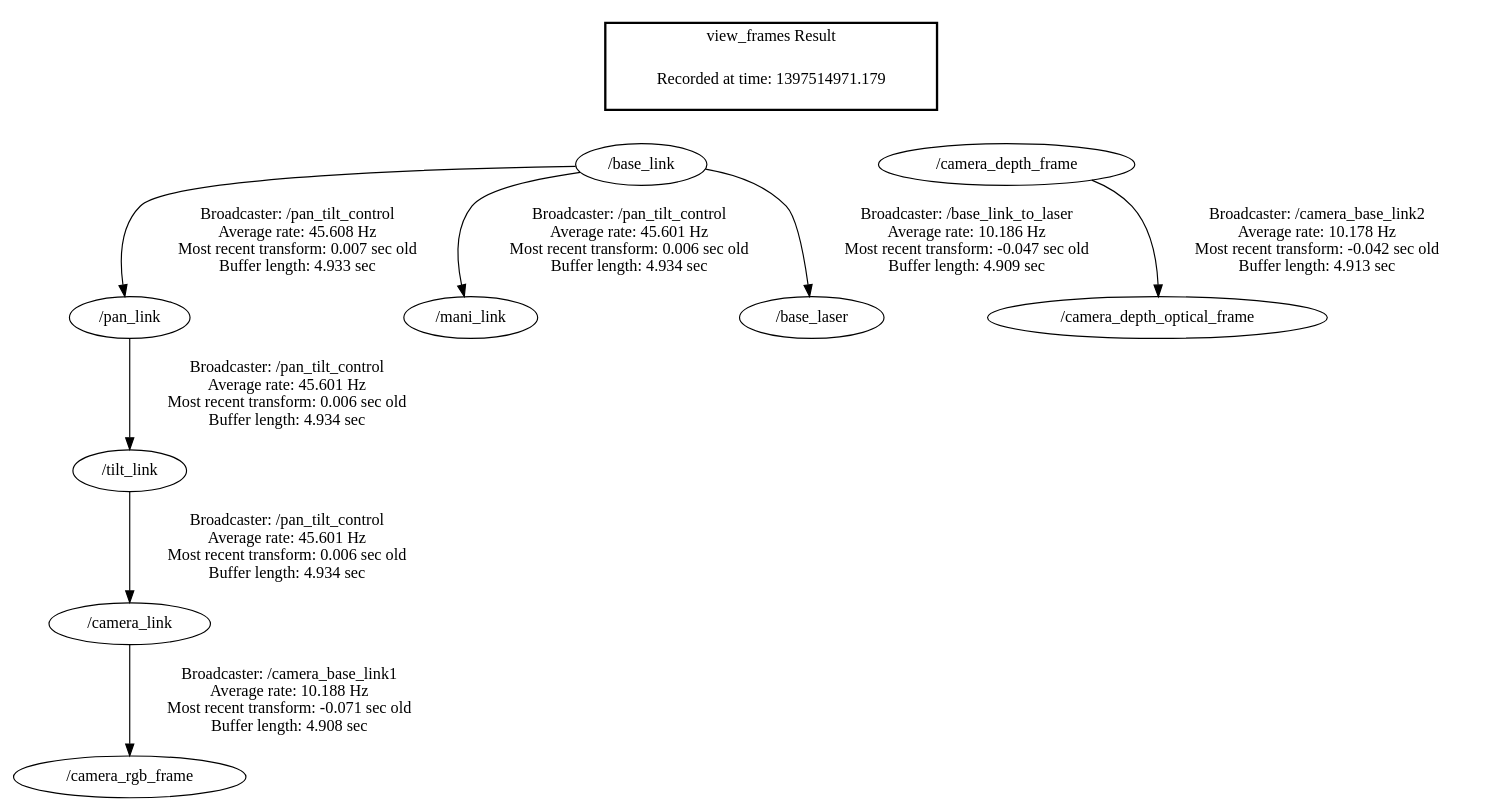
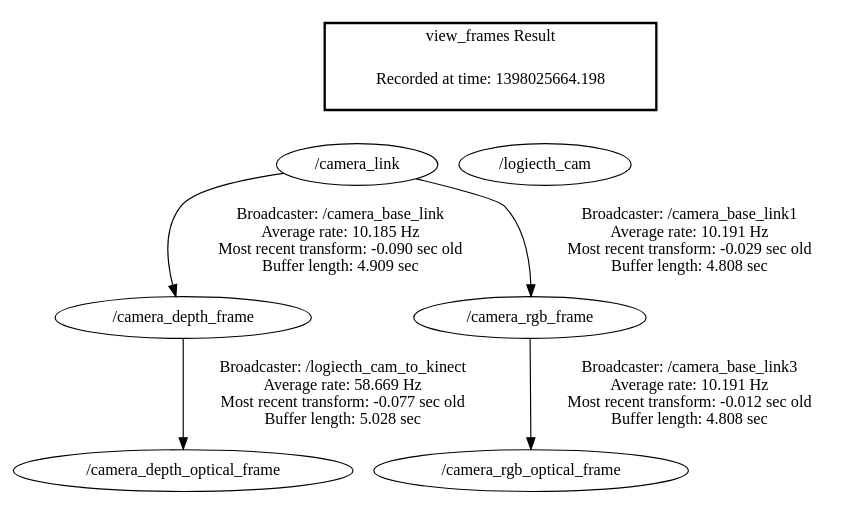
One commit to skuba-athome/hardware_bridge changed the diagram in frames.gv. Above: the diagram before and after it, drawn with Graphviz. The commit also changed 19 other files, not shown here.

```diff
--- a/frames.gv
+++ b/frames.gv
@@ -1,17 +1,14 @@
 digraph G {
-"/base_link" -> "/pan_link"[label="Broadcaster: /pan_tilt_control\nAverage rate: 45.608 Hz\nMost recent transform: 0.007 sec old \nBuffer length: 4.933 sec\n"];
-"/pan_link" -> "/tilt_link"[label="Broadcaster: /pan_tilt_control\nAverage rate: 45.601 Hz\nMost recent transform: 0.006 sec old \nBuffer length: 4.934 sec\n"];
-"/tilt_link" -> "/camera_link"[label="Broadcaster: /pan_tilt_control\nAverage rate: 45.601 Hz\nMost recent transform: 0.006 sec old \nBuffer length: 4.934 sec\n"];
-"/base_link" -> "/mani_link"[label="Broadcaster: /pan_tilt_control\nAverage rate: 45.601 Hz\nMost recent transform: 0.006 sec old \nBuffer length: 4.934 sec\n"];
-"/camera_depth_frame" -> "/camera_depth_optical_frame"[label="Broadcaster: /camera_base_link2\nAverage rate: 10.178 Hz\nMost recent transform: -0.042 sec old \nBuffer length: 4.913 sec\n"];
-"/base_link" -> "/base_laser"[label="Broadcaster: /base_link_to_laser\nAverage rate: 10.186 Hz\nMost recent transform: -0.047 sec old \nBuffer length: 4.909 sec\n"];
-"/camera_link" -> "/camera_rgb_frame"[label="Broadcaster: /camera_base_link1\nAverage rate: 10.188 Hz\nMost recent transform: -0.071 sec old \nBuffer length: 4.908 sec\n"];
+"/camera_depth_frame" -> "/camera_depth_optical_frame"[label="Broadcaster: /logiecth_cam_to_kinect\nAverage rate: 58.669 Hz\nMost recent transform: -0.077 sec old \nBuffer length: 5.028 sec\n"];
+"/camera_link" -> "/camera_depth_frame"[label="Broadcaster: /camera_base_link\nAverage rate: 10.185 Hz\nMost recent transform: -0.090 sec old \nBuffer length: 4.909 sec\n"];
+"/camera_rgb_frame" -> "/camera_rgb_optical_frame"[label="Broadcaster: /camera_base_link3\nAverage rate: 10.191 Hz\nMost recent transform: -0.012 sec old \nBuffer length: 4.808 sec\n"];
+"/camera_link" -> "/camera_rgb_frame"[label="Broadcaster: /camera_base_link1\nAverage rate: 10.191 Hz\nMost recent transform: -0.029 sec old \nBuffer length: 4.808 sec\n"];
 edge [style=invis];
  subgraph cluster_legend { style=bold; color=black; label ="view_frames Result";
-"Recorded at time: 1397514971.179"[ shape=plaintext ] ;
- }->"/base_link";
+"Recorded at time: 1398025664.198"[ shape=plaintext ] ;
+ }->"/logiecth_cam";
 edge [style=invis];
  subgraph cluster_legend { style=bold; color=black; label ="view_frames Result";
-"Recorded at time: 1397514971.179"[ shape=plaintext ] ;
- }->"/camera_depth_frame";
+"Recorded at time: 1398025664.198"[ shape=plaintext ] ;
+ }->"/camera_link";
 }
```
